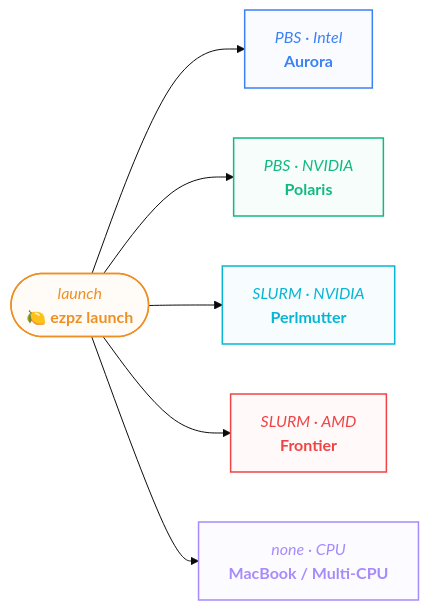
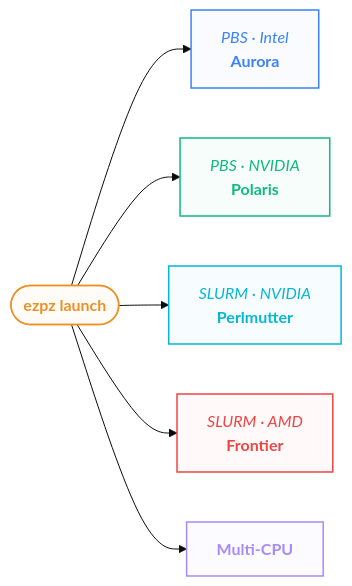
One commit to saforem2/sam.onl changed the first of 6 diagrams in web/src/pages/talks/2026/06/03/index.mdx. Above: the diagram before and after it, drawn with Mermaid (base theme). The commit also changed other lines of this file, not shown here.

````diff
--- a/web/src/pages/talks/2026/06/03/index.mdx
+++ b/web/src/pages/talks/2026/06/03/index.mdx
@@ -194,22 +207,24 @@
 ```mermaid
 flowchart LR
-    EZ(["<i>launch</i><br/><span style='font-weight:700'>🍋 ezpz launch</span>"])
+    EZ(["<span style='font-weight:700'>ezpz launch</span>"])
     EZ --> AURORA["<i>PBS · Intel</i><br/><span style='font-weight:700'>Aurora</span>"]
     EZ --> POLARIS["<i>PBS · NVIDIA</i><br/><span style='font-weight:700'>Polaris</span>"]
     EZ --> PM["<i>SLURM · NVIDIA</i><br/><span style='font-weight:700'>Perlmutter</span>"]
     EZ --> FRONTIER["<i>SLURM · AMD</i><br/><span style='font-weight:700'>Frontier</span>"]
-    EZ --> MAC["<i>none · CPU</i><br/><span style='font-weight:700'>MacBook / Multi-CPU</span>"]
+    %% EZ --> CLUSTER["<i>{SLURM, PBS} · ANY!}</i>< br/><span style='font-weight:700'>private-cluster</span>"]
+    EZ --> MAC["<span style='font-weight:700'>Multi-CPU</span>"]
 
     classDef hub        fill:#ee8f2408,stroke:#ee8f24,color:#ee8f24,stroke-width:1.5px
     classDef aurora     fill:#3b82f608,stroke:#3b82f6,color:#3b82f6,stroke-width:1.5px
     classDef polaris    fill:#10b98108,stroke:#10b981,color:#10b981,stroke-width:1.5px
+    %% classDef cluster    fill:#88888808,stroke:#888888,color:#888888,stroke-width:1.5px
     classDef perlmutter fill:#06b6d408,stroke:#06b6d4,color:#06b6d4,stroke-width:1.5px
     classDef frontier   fill:#ef444408,stroke:#ef4444,color:#ef4444,stroke-width:1.5px
     classDef mac        fill:#a78bfa08,stroke:#a78bfa,color:#a78bfa,stroke-width:1.5px
     class EZ hub
     class AURORA aurora
     class POLARIS polaris
     class PM perlmutter
     class FRONTIER frontier
     class MAC mac
 ```
````
